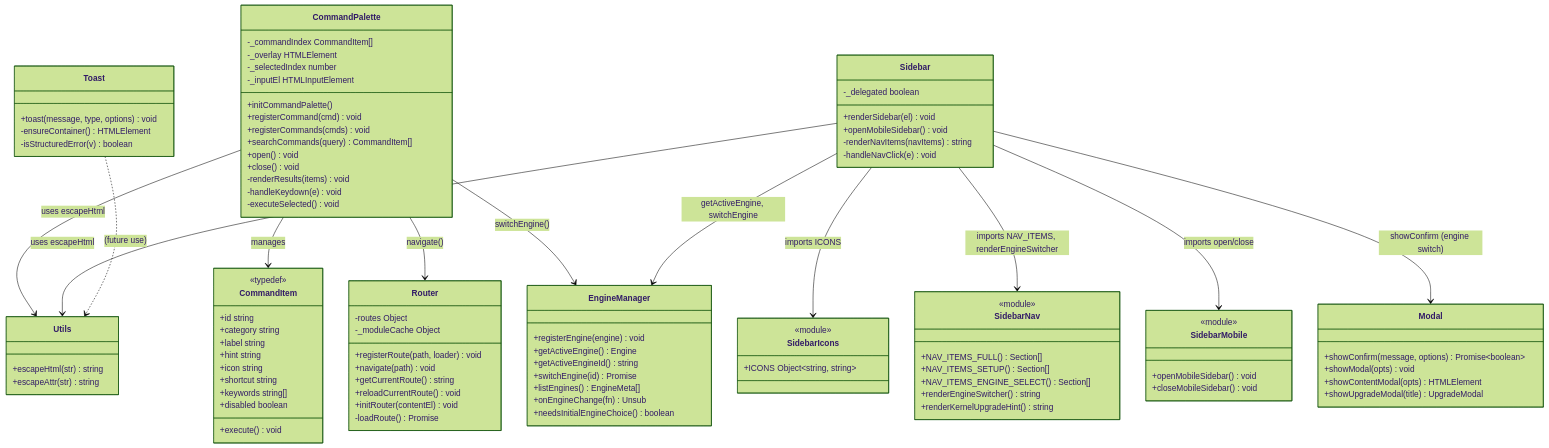
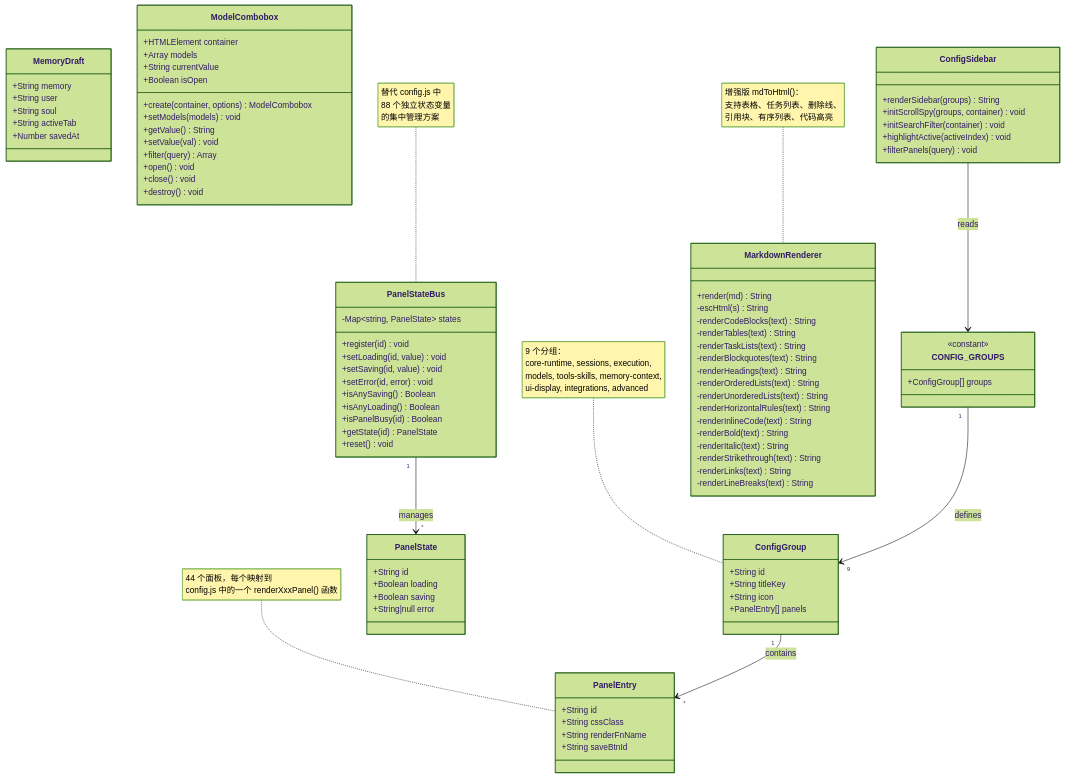
Before and after one commit to XiaoXiao-Lu/clawpanel: the diagram in docs/class-diagram.mermaid, drawn with Mermaid (forest theme). The commit also changed 31 other files, not shown here.

```diff
--- a/docs/class-diagram.mermaid
+++ b/docs/class-diagram.mermaid
@@ -1,108 +1,102 @@
 classDiagram
-    class Utils {
-        +escapeHtml(str) string
-        +escapeAttr(str) string
+    class ConfigGroup {
+        +String id
+        +String titleKey
+        +String icon
+        +PanelEntry[] panels
     }
 
-    class CommandPalette {
-        +initCommandPalette()
-        +registerCommand(cmd) void
-        +registerCommands(cmds) void
-        +searchCommands(query) CommandItem[]
+    class PanelEntry {
+        +String id
+        +String cssClass
+        +String renderFnName
+        +String saveBtnId
+    }
+
+    class CONFIG_GROUPS {
+        <<constant>>
+        +ConfigGroup[] groups
+    }
+
+    class PanelStateBus {
+        -Map~string, PanelState~ states
+        +register(id) void
+        +setLoading(id, value) void
+        +setSaving(id, value) void
+        +setError(id, error) void
+        +isAnySaving() Boolean
+        +isAnyLoading() Boolean
+        +isPanelBusy(id) Boolean
+        +getState(id) PanelState
+        +reset() void
+    }
+
+    class PanelState {
+        +String id
+        +Boolean loading
+        +Boolean saving
+        +String|null error
+    }
+
+    class MarkdownRenderer {
+        +render(md) String
+        -escHtml(s) String
+        -renderCodeBlocks(text) String
+        -renderTables(text) String
+        -renderTaskLists(text) String
+        -renderBlockquotes(text) String
+        -renderHeadings(text) String
+        -renderOrderedLists(text) String
+        -renderUnorderedLists(text) String
+        -renderHorizontalRules(text) String
+        -renderInlineCode(text) String
+        -renderBold(text) String
+        -renderItalic(text) String
+        -renderStrikethrough(text) String
+        -renderLinks(text) String
+        -renderLineBreaks(text) String
+    }
+
+    class MemoryDraft {
+        +String memory
+        +String user
+        +String soul
+        +String activeTab
+        +Number savedAt
+    }
+
+    class ModelCombobox {
+        +HTMLElement container
+        +Array models
+        +String currentValue
+        +Boolean isOpen
+        +create(container, options) ModelCombobox
+        +setModels(models) void
+        +getValue() String
+        +setValue(val) void
+        +filter(query) Array
         +open() void
         +close() void
-        -_commandIndex CommandItem[]
-        -_overlay HTMLElement
-        -_selectedIndex number
-        -_inputEl HTMLInputElement
-        -renderResults(items) void
-        -handleKeydown(e) void
-        -executeSelected() void
+        +destroy() void
     }
 
-    class CommandItem {
-        <<typedef>>
-        +id string
-        +category string
-        +label string
-        +hint string
-        +icon string
-        +shortcut string
-        +execute() void
-        +keywords string[]
-        +disabled boolean
+    class ConfigSidebar {
+        +renderSidebar(groups) String
+        +initScrollSpy(groups, container) void
+        +initSearchFilter(container) void
+        +highlightActive(activeIndex) void
+        +filterPanels(query) void
     }
 
-    class Sidebar {
-        +renderSidebar(el) void
-        +openMobileSidebar() void
-        -_delegated boolean
-        -renderNavItems(navItems) string
-        -handleNavClick(e) void
-    }
+    ConfigGroup "1" --> "*" PanelEntry : contains
+    CONFIG_GROUPS "1" --> "9" ConfigGroup : defines
+    PanelStateBus "1" --> "*" PanelState : manages
+    ConfigSidebar --> CONFIG_GROUPS : reads
 
-    class SidebarIcons {
-        <<module>>
-        +ICONS Object~string, string~
-    }
+    note for ConfigGroup "9 个分组：<br/>core-runtime, sessions, execution,<br/>models, tools-skills, memory-context,<br/>ui-display, integrations, advanced"
 
-    class SidebarNav {
-        <<module>>
-        +NAV_ITEMS_FULL() Section[]
-        +NAV_ITEMS_SETUP() Section[]
-        +NAV_ITEMS_ENGINE_SELECT() Section[]
-        +renderEngineSwitcher() string
-        +renderKernelUpgradeHint() string
-    }
+    note for PanelEntry "44 个面板，每个映射到<br/>config.js 中的一个 renderXxxPanel() 函数"
 
-    class SidebarMobile {
-        <<module>>
-        +openMobileSidebar() void
-        +closeMobileSidebar() void
-    }
+    note for PanelStateBus "替代 config.js 中<br/>88 个独立状态变量<br/>的集中管理方案"
 
-    class Toast {
-        +toast(message, type, options) void
-        -ensureContainer() HTMLElement
-        -isStructuredError(v) boolean
-    }
-
-    class Router {
-        +registerRoute(path, loader) void
-        +navigate(path) void
-        +getCurrentRoute() string
-        +reloadCurrentRoute() void
-        +initRouter(contentEl) void
-        -routes Object
-        -_moduleCache Object
-        -loadRoute() Promise
-    }
-
-    class EngineManager {
-        +registerEngine(engine) void
-        +getActiveEngine() Engine
-        +getActiveEngineId() string
-        +switchEngine(id) Promise
-        +listEngines() EngineMeta[]
-        +onEngineChange(fn) Unsub
-        +needsInitialEngineChoice() boolean
-    }
-
-    class Modal {
-        +showConfirm(message, options) Promise~boolean~
-        +showModal(opts) void
-        +showContentModal(opts) HTMLElement
-        +showUpgradeModal(title) UpgradeModal
-    }
-
-    CommandPalette --> Utils : uses escapeHtml
-    CommandPalette --> CommandItem : manages
-    CommandPalette --> Router : navigate()
-    CommandPalette --> EngineManager : switchEngine()
-    Sidebar --> SidebarIcons : imports ICONS
-    Sidebar --> SidebarNav : imports NAV_ITEMS, renderEngineSwitcher
-    Sidebar --> SidebarMobile : imports open/close
-    Sidebar --> Utils : uses escapeHtml
-    Sidebar --> Modal : showConfirm (engine switch)
-    Sidebar --> EngineManager : getActiveEngine, switchEngine
-    Toast ..> Utils : (future use)
+    note for MarkdownRenderer "增强版 mdToHtml()：<br/>支持表格、任务列表、删除线、<br/>引用块、有序列表、代码高亮"
```
